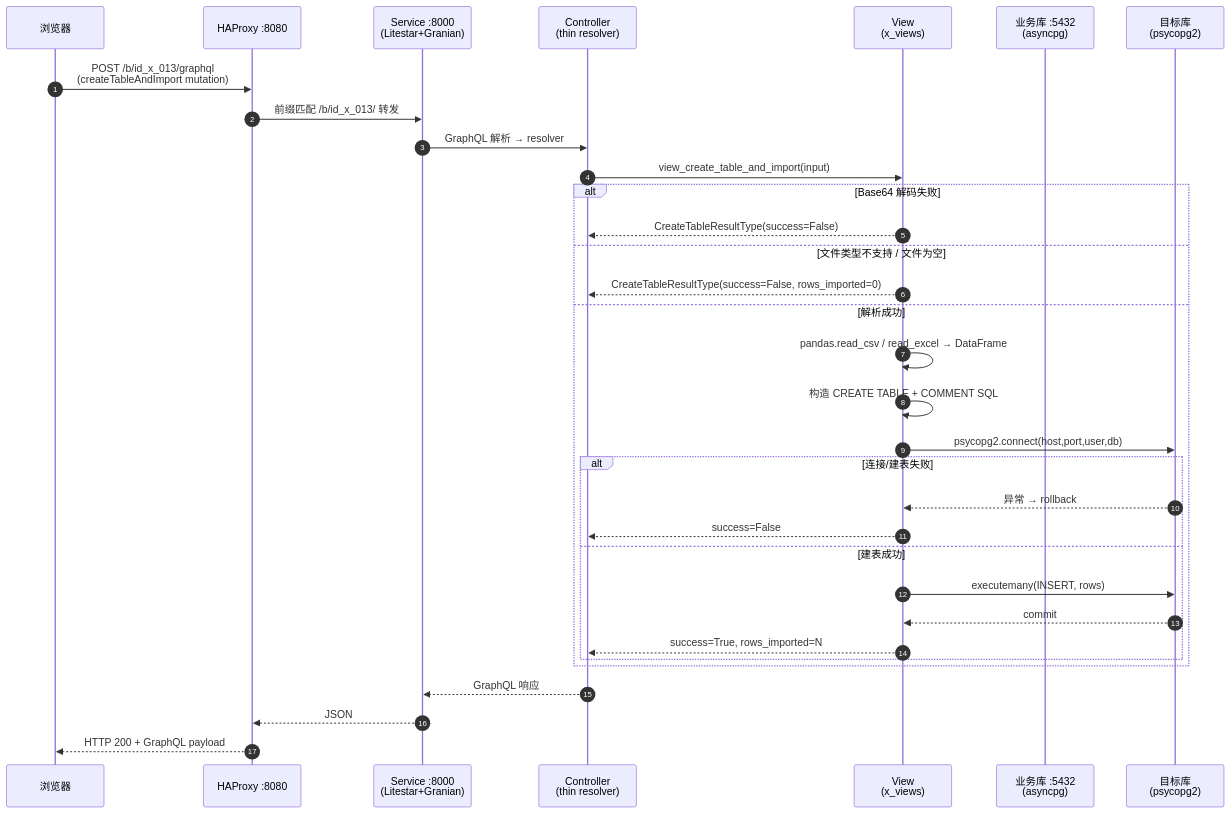
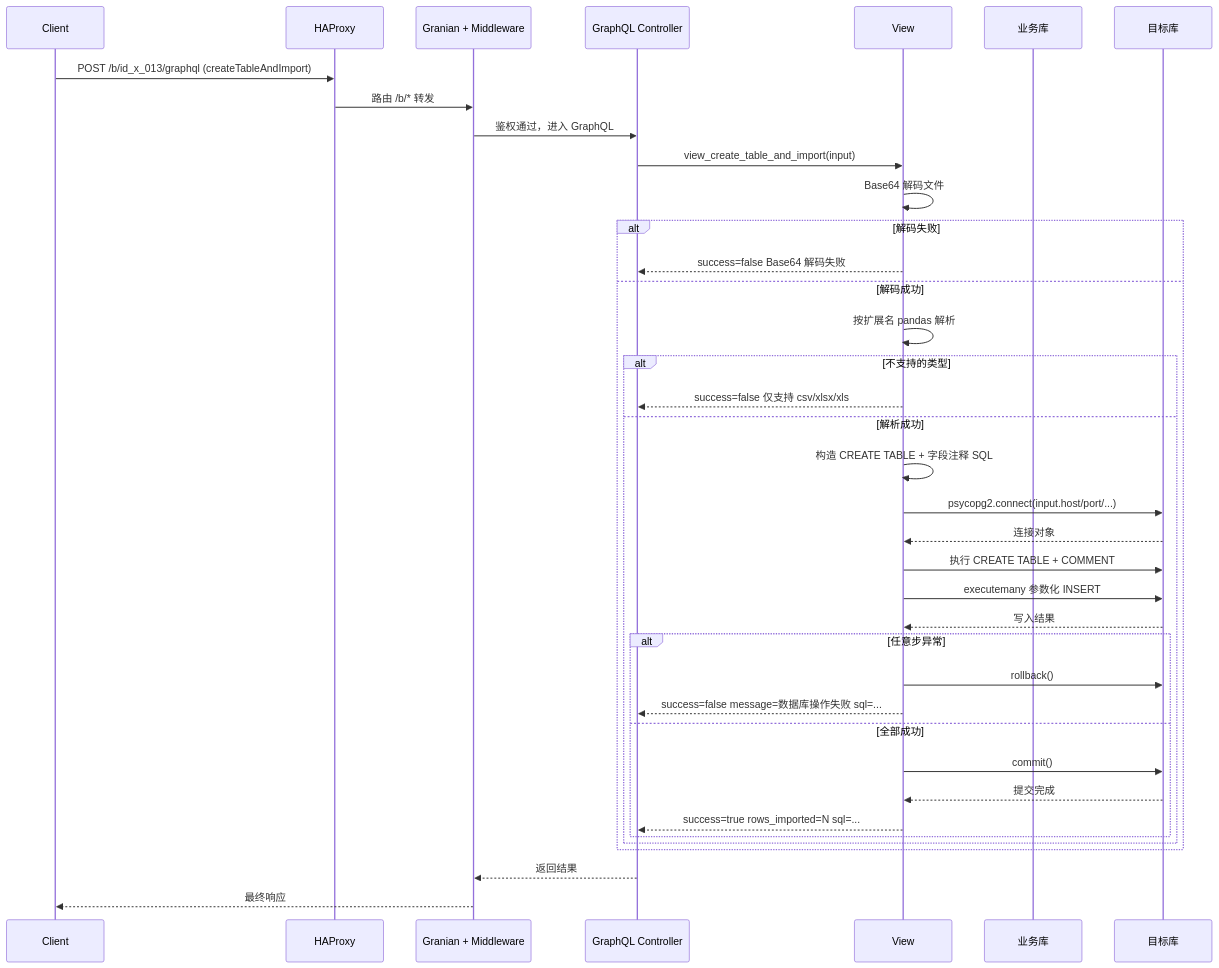
One commit to i-TorchLabs/id_x_013 changed the second of 2 diagrams in README.md. Above: the diagram before and after it, drawn with Mermaid. The commit also changed other lines of this file, not shown here.

````diff
--- a/README.md
+++ b/README.md
@@ -121,38 +122,46 @@
 ```mermaid
 sequenceDiagram
-    autonumber
-    participant Browser as 浏览器
-    participant HA as HAProxy :8080
-    participant SV as Service :8000<br/>(Litestar+Granian)
-    participant CTL as Controller<br/>(thin resolver)
-    participant VW as View<br/>(x_views)
-    participant DB1 as 业务库 :5432<br/>(asyncpg)
-    participant DB2 as 目标库<br/>(psycopg2)
+  participant C as Client
+  participant H as HAProxy
+  participant M as Granian + Middleware
+  participant G as GraphQL Controller
+  participant V as View
+  participant Biz as 业务库
+  participant T as 目标库
 
-    Browser->>HA: POST /b/id_x_013/graphql<br/>(createTableAndImport mutation)
-    HA->>SV: 前缀匹配 /b/id_x_013/ 转发
-    SV->>CTL: GraphQL 解析 → resolver
-    CTL->>VW: view_create_table_and_import(input)
+  C->>H: POST /b/id_x_013/graphql (createTableAndImport)
+  H->>M: 路由 /b/* 转发
+  M->>G: 鉴权通过，进入 GraphQL
+  G->>V: view_create_table_and_import(input)
 
-    alt Base64 解码失败
-        VW-->>CTL: CreateTableResultType(success=False)
-    else 文件类型不支持 / 文件为空
-        VW-->>CTL: CreateTableResultType(success=False, rows_imported=0)
+  V->>V: Base64 解码文件
+  alt 解码失败
+    V-->>G: success=false Base64 解码失败
+  else 解码成功
+    V->>V: 按扩展名 pandas 解析
+
+    alt 不支持的类型
+      V-->>G: success=false 仅支持 csv/xlsx/xls
     else 解析成功
-        VW->>VW: pandas.read_csv / read_excel → DataFrame
-        VW->>VW: 构造 CREATE TABLE + COMMENT SQL
-        VW->>DB2: psycopg2.connect(host,port,user,db)
-        alt 连接/建表失败
-            DB2-->>VW: 异常 → rollback
-            VW-->>CTL: success=False
-        else 建表成功
-            VW->>DB2: executemany(INSERT, rows)
-            DB2-->>VW: commit
-            VW-->>CTL: success=True, rows_imported=N
-        end
+      V->>V: 构造 CREATE TABLE + 字段注释 SQL
+      V->>T: psycopg2.connect(input.host/port/...)
+      T-->>V: 连接对象
+
+      V->>T: 执行 CREATE TABLE + COMMENT
+      V->>T: executemany 参数化 INSERT
+      T-->>V: 写入结果
+
+      alt 任意步异常
+        V->>T: rollback()
+        V-->>G: success=false message=数据库操作失败 sql=...
+      else 全部成功
+        V->>T: commit()
+        T-->>V: 提交完成
+        V-->>G: success=true rows_imported=N sql=...
+      end
     end
+  end
 
-    CTL-->>SV: GraphQL 响应
-    SV-->>HA: JSON
-    HA-->>Browser: HTTP 200 + GraphQL payload
+  G-->>M: 返回结果
+  M-->>C: 最终响应
 ```
````
